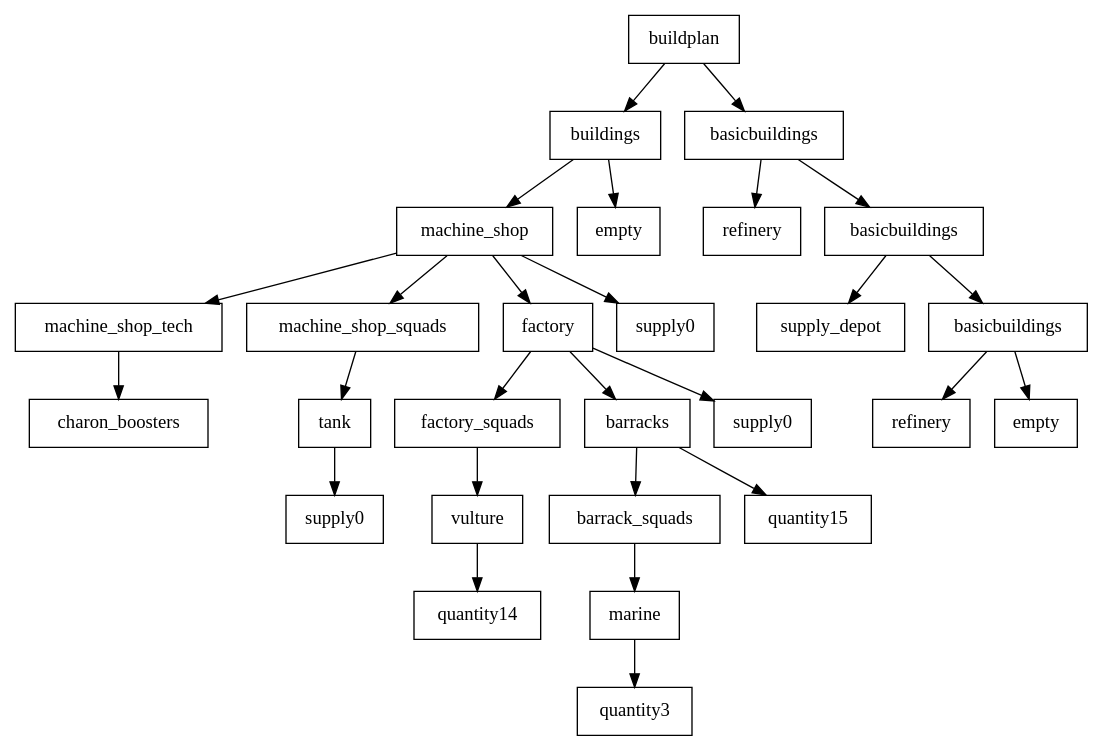
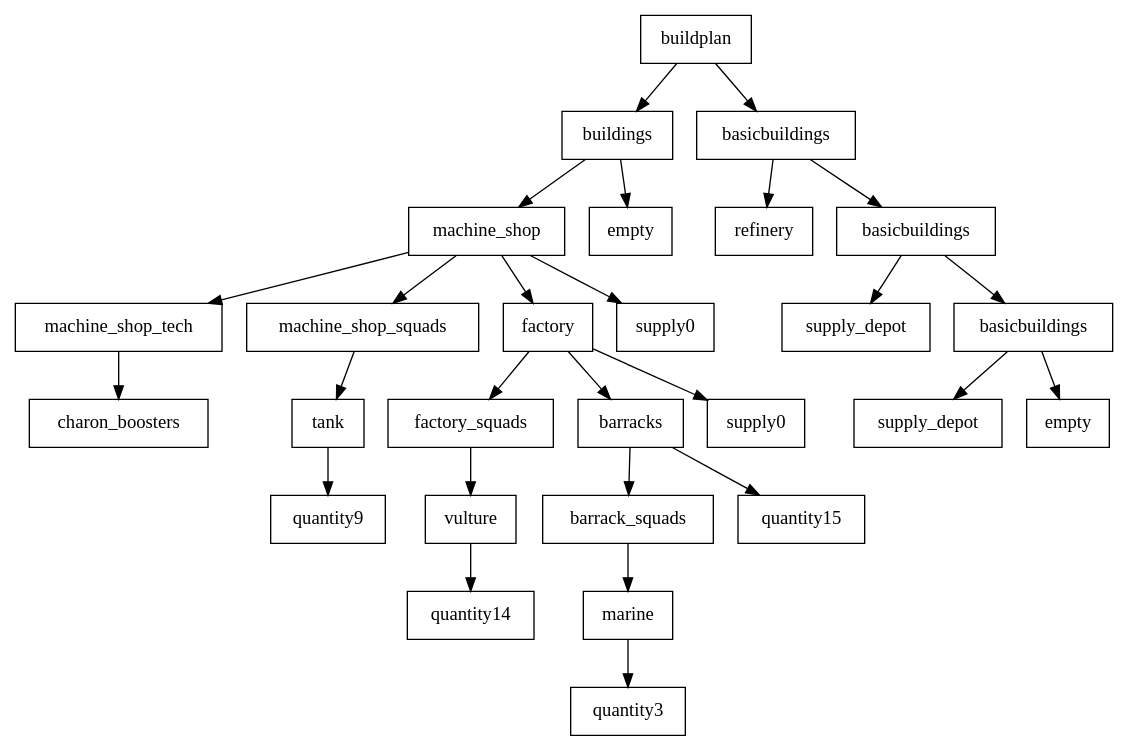
The diagram in GPBot/file0.dot (cryogenic-dreams/StarCraft-GPBot), drawn with Graphviz before and after one commit. The commit also changed 18 other files, not shown here.

```diff
--- a/GPBot/file0.dot
+++ b/GPBot/file0.dot
@@ -1,57 +1,57 @@
 digraph g {
 graph [ordering=out];
 node [shape=rectangle];
 n[label = "buildplan"];
 n0[label = "buildings"];
 n00[label = "machine_shop"];
 n000[label = "machine_shop_tech"];
 n0000[label = "charon_boosters"];
 n000 -> n0000;
 n00 -> n000;
 n001[label = "machine_shop_squads"];
 n0010[label = "tank"];
-n00100[label = "supply0"];
+n00100[label = "quantity9"];
 n0010 -> n00100;
 n001 -> n0010;
 n00 -> n001;
 n002[label = "factory"];
 n0020[label = "factory_squads"];
 n00200[label = "vulture"];
 n002000[label = "quantity14"];
 n00200 -> n002000;
 n0020 -> n00200;
 n002 -> n0020;
 n0021[label = "barracks"];
 n00210[label = "barrack_squads"];
 n002100[label = "marine"];
 n0021000[label = "quantity3"];
 n002100 -> n0021000;
 n00210 -> n002100;
 n0021 -> n00210;
 n00211[label = "quantity15"];
 n0021 -> n00211;
 n002 -> n0021;
 n0022[label = "supply0"];
 n002 -> n0022;
 n00 -> n002;
 n003[label = "supply0"];
 n00 -> n003;
 n0 -> n00;
 n01[label = "empty"];
 n0 -> n01;
 n -> n0;
 n1[label = "basicbuildings"];
 n10[label = "refinery"];
 n1 -> n10;
 n11[label = "basicbuildings"];
 n110[label = "supply_depot"];
 n11 -> n110;
 n111[label = "basicbuildings"];
-n1110[label = "refinery"];
+n1110[label = "supply_depot"];
 n111 -> n1110;
 n1111[label = "empty"];
 n111 -> n1111;
 n11 -> n111;
 n1 -> n11;
 n -> n1;
 }
```
